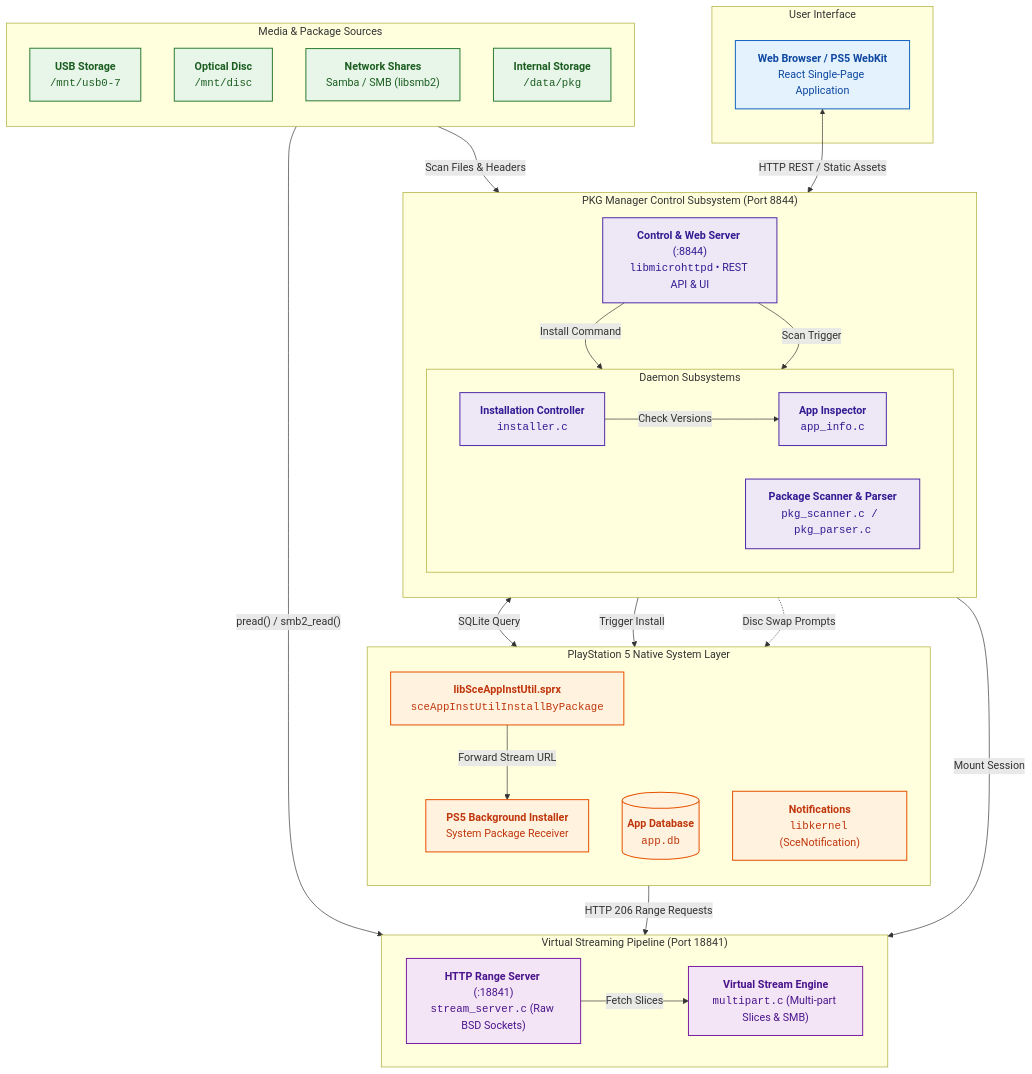
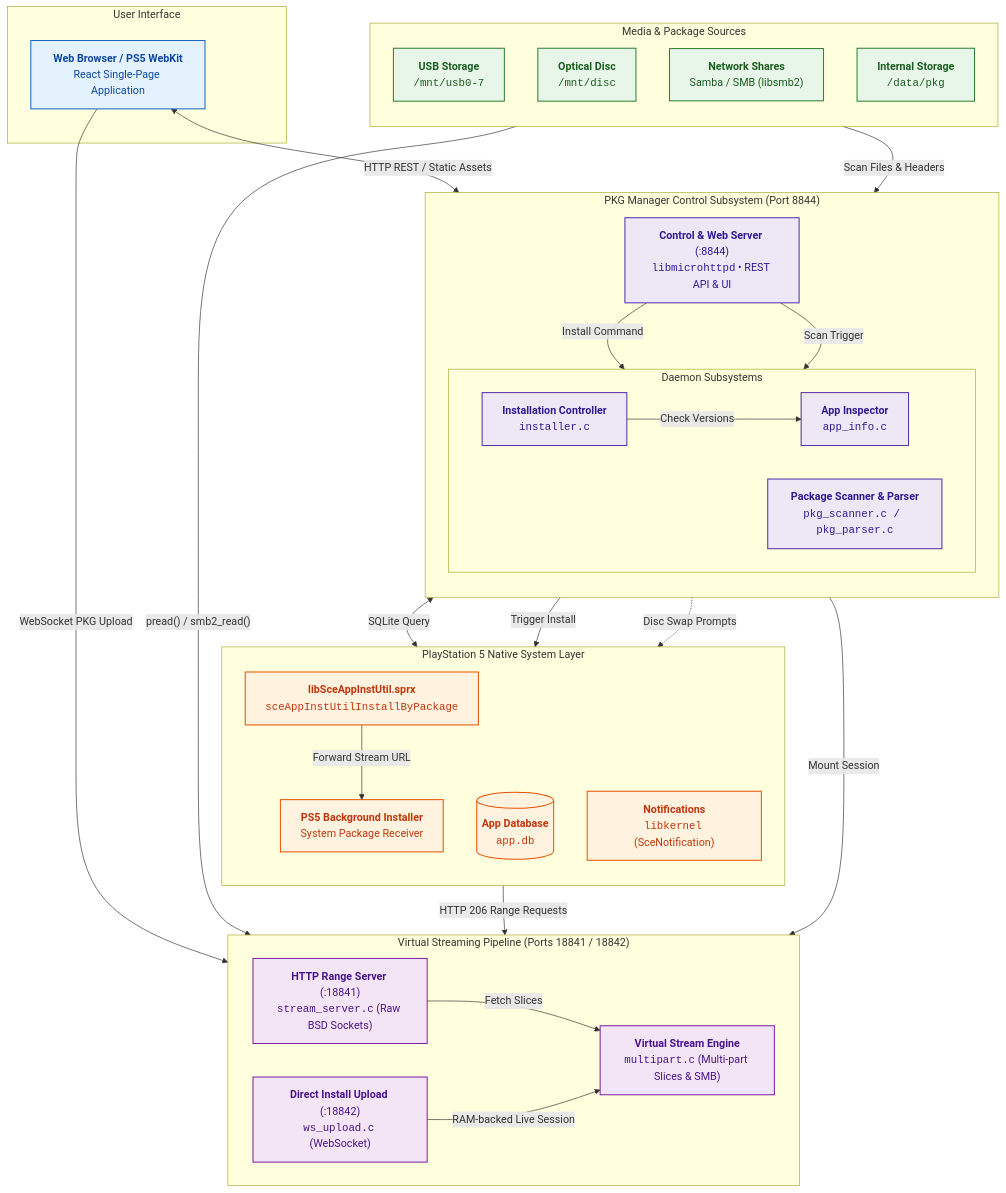
The diagram in ARCHITECTURE.md (itsPLK/ps5-pkg-manager), drawn with Mermaid before and after one commit. The commit also changed other lines of this file and 3 other files, not shown here.

````diff
--- a/ARCHITECTURE.md
+++ b/ARCHITECTURE.md
@@ -11,75 +11,78 @@
 ```mermaid
 flowchart TB
     subgraph UI ["User Interface"]
         BROWSER["<b>Web Browser / PS5 WebKit</b><br/>React Single-Page Application"]
     end
 
     subgraph STOR ["Media & Package Sources"]
         direction TB
         USB["<b>USB Storage</b><br/><code>/mnt/usb0-7</code>"]
         DISC["<b>Optical Disc</b><br/><code>/mnt/disc</code>"]
         SMB["<b>Network Shares</b><br/>Samba / SMB (libsmb2)"]
         DATA["<b>Internal Storage</b><br/><code>/data/pkg</code>"]
     end
 
     subgraph CTRL ["PKG Manager Control Subsystem (Port 8844)"]
         direction TB
         HTTP8844["<b>Control & Web Server</b> (:8844)<br/><code>libmicrohttpd</code> &bull; REST API & UI"]
         subgraph CTRL_WORKERS ["Daemon Subsystems"]
             direction LR
             APPINFO["<b>App Inspector</b><br/><code>app_info.c</code>"]
             INSTALLER["<b>Installation Controller</b><br/><code>installer.c</code>"]
             SCANNER["<b>Package Scanner & Parser</b><br/><code>pkg_scanner.c / pkg_parser.c</code>"]
         end
     end
 
-    subgraph STRM ["Virtual Streaming Pipeline (Port 18841)"]
+    subgraph STRM ["Virtual Streaming Pipeline (Ports 18841 / 18842)"]
         direction LR
         SOCKET["<b>HTTP Range Server</b> (:18841)<br/><code>stream_server.c</code> (Raw BSD Sockets)"]
+        WS["<b>Direct Install Upload</b> (:18842)<br/><code>ws_upload.c</code> (WebSocket)"]
         VSTREAM["<b>Virtual Stream Engine</b><br/><code>multipart.c</code> (Multi-part Slices & SMB)"]
     end
 
     subgraph PS5 ["PlayStation 5 Native System Layer"]
         direction TB
         SCE["<b>libSceAppInstUtil.sprx</b><br/><code>sceAppInstUtilInstallByPackage</code>"]
         RECEIVER["<b>PS5 Background Installer</b><br/>System Package Receiver"]
         APPDB[("<b>App Database</b><br/><code>app.db</code>")]
         NOTIF["<b>Notifications</b><br/><code>libkernel</code> (SceNotification)"]
     end
 
     %% UI Interaction
     BROWSER <-->|"HTTP REST / Static Assets"| HTTP8844
+    BROWSER -->|"WebSocket PKG Upload"| WS
 
     %% Control Plane routing
     HTTP8844 -->|"Install Command"| INSTALLER
     HTTP8844 -->|"Scan Trigger"| SCANNER
     INSTALLER -->|"Check Versions"| APPINFO
 
     %% Left: PS5 OS interactions
     APPINFO <-->|"SQLite Query"| APPDB
     INSTALLER -->|"Trigger Install"| SCE
     INSTALLER -.->|"Disc Swap Prompts"| NOTIF
     SCE -->|"Forward Stream URL"| RECEIVER
     RECEIVER -->|"HTTP 206 Range Requests"| SOCKET
 
     %% Center: Stream session mount
     INSTALLER -->|"Mount Session"| VSTREAM
     SOCKET -->|"Fetch Slices"| VSTREAM
+    WS -->|"RAM-backed Live Session"| VSTREAM
 
     %% Right: Storage reads
     STOR -->|"Scan Files & Headers"| SCANNER
     STOR -->|"pread() / smb2_read()"| VSTREAM
 
     %% Styling
     classDef client fill:#e3f2fd,stroke:#1565c0,stroke-width:1.5px,color:#0d47a1;
     classDef ctrl fill:#ede7f6,stroke:#512da8,stroke-width:1.5px,color:#311b92;
     classDef stor fill:#e8f5e9,stroke:#2e7d32,stroke-width:1.5px,color:#1b5e20;
     classDef strm fill:#f3e5f5,stroke:#7b1fa2,stroke-width:1.5px,color:#4a148c;
     classDef ps5 fill:#fff3e0,stroke:#e65100,stroke-width:1.5px,color:#bf360c;
 
     class BROWSER client;
     class HTTP8844,APPINFO,INSTALLER,SCANNER ctrl;
     class USB,DISC,SMB,DATA stor;
-    class SOCKET,VSTREAM strm;
+    class SOCKET,WS,VSTREAM strm;
     class SCE,RECEIVER,APPDB,NOTIF ps5;
 ```
````
